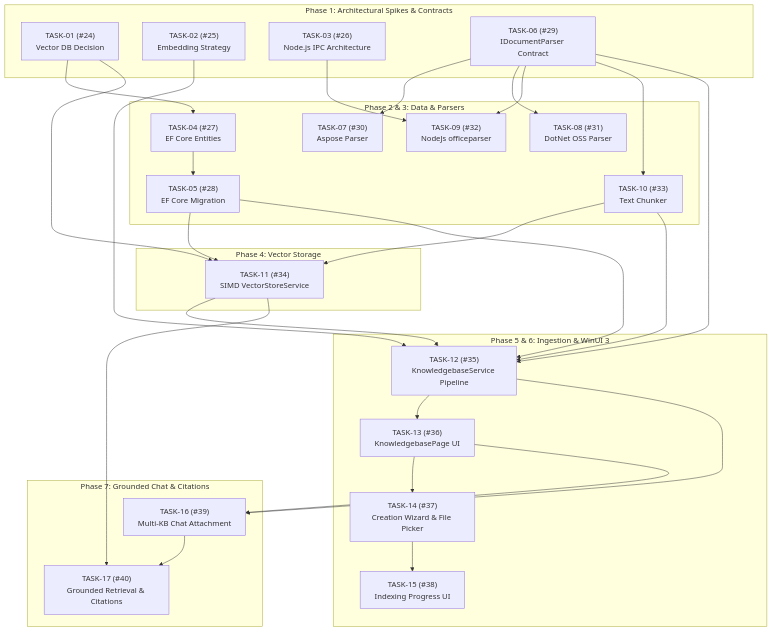
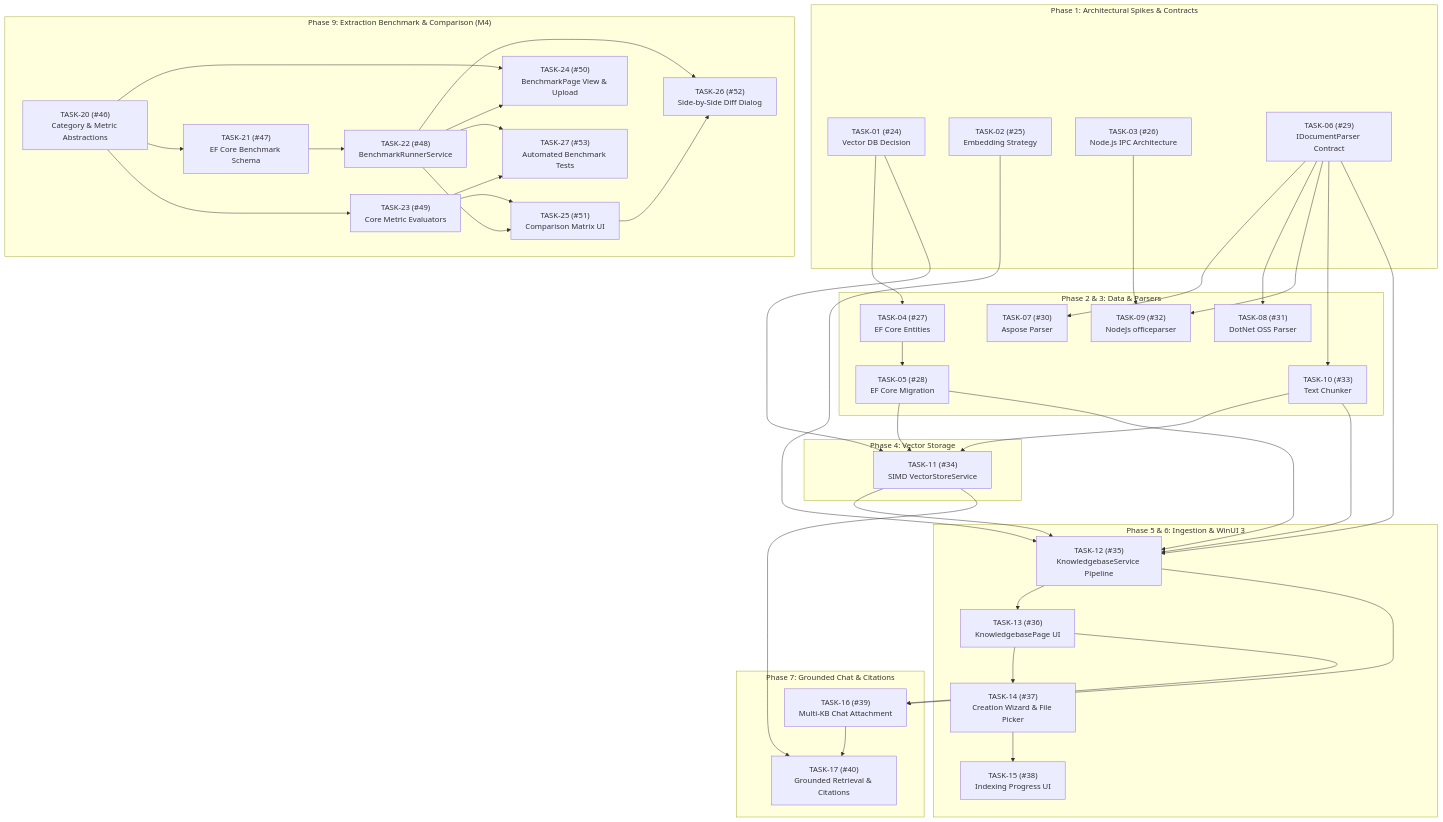
Before and after one commit to OpenizePtyLtd/fileformat-studio: the diagram in docs/master_tasks.md, drawn with Mermaid. The commit also changed other lines of this file, not shown here.

Commit message:
docs(benchmark): add M4 milestone and TASK-20 through TASK-27 to master tasks tracker (#45)

````diff
--- a/docs/master_tasks.md
+++ b/docs/master_tasks.md
@@ -79,6 +88,17 @@
         T17["TASK-17 (#40)<br/>Grounded Retrieval & Citations"]
     end
 
+    subgraph BenchmarkM4 ["Phase 9: Extraction Benchmark & Comparison (M4)"]
+        T20["TASK-20 (#46)<br/>Category & Metric Abstractions"]
+        T21["TASK-21 (#47)<br/>EF Core Benchmark Schema"]
+        T22["TASK-22 (#48)<br/>BenchmarkRunnerService"]
+        T23["TASK-23 (#49)<br/>Core Metric Evaluators"]
+        T24["TASK-24 (#50)<br/>BenchmarkPage View & Upload"]
+        T25["TASK-25 (#51)<br/>Comparison Matrix UI"]
+        T26["TASK-26 (#52)<br/>Side-by-Side Diff Dialog"]
+        T27["TASK-27 (#53)<br/>Automated Benchmark Tests"]
+    end
+
     %% Dependencies
     T01 --> T04 --> T05
     T03 --> T09
@@ -105,4 +125,15 @@
     T13 --> T16
     T11 --> T17
     T16 --> T17
+
+    %% M4 Benchmark Dependencies
+    T20 --> T21 --> T22
+    T20 --> T23 --> T25
+    T20 --> T24
+    T22 --> T24
+    T22 --> T25
+    T22 --> T26
+    T25 --> T26
+    T22 --> T27
+    T23 --> T27
 ```
````
